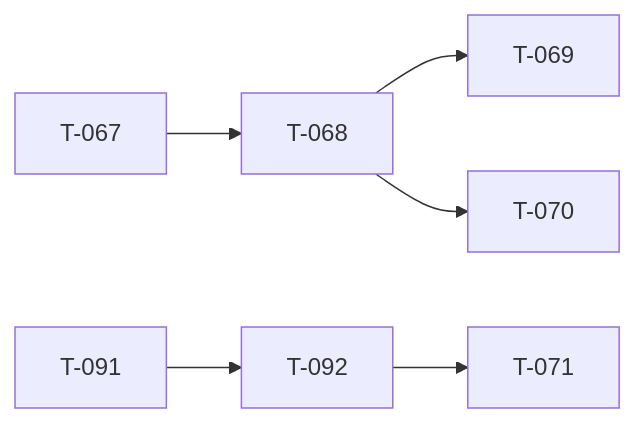
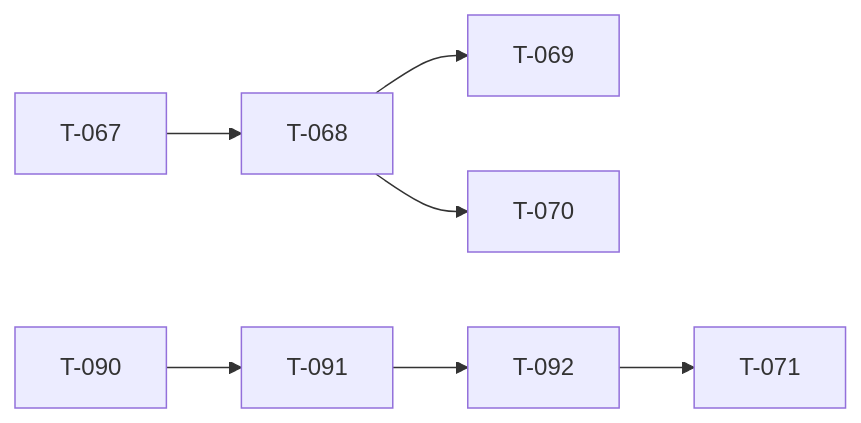
The diagram in docs/TICKET_LEAD.md (darkforce09/TBD-reforger), drawn with Mermaid before and after one commit. The commit also changed other lines of this file and 18 other files, not shown here.

````diff
--- a/docs/TICKET_LEAD.md
+++ b/docs/TICKET_LEAD.md
@@ -30,8 +31,9 @@
 ```mermaid
 flowchart LR
   T067[T-067] --> T068[T-068]
   T068[T-068] --> T069[T-069]
   T068[T-068] --> T070[T-070]
   T092[T-092] --> T071[T-071]
+  T090[T-090] --> T091[T-091]
   T091[T-091] --> T092[T-092]
 ```
````
